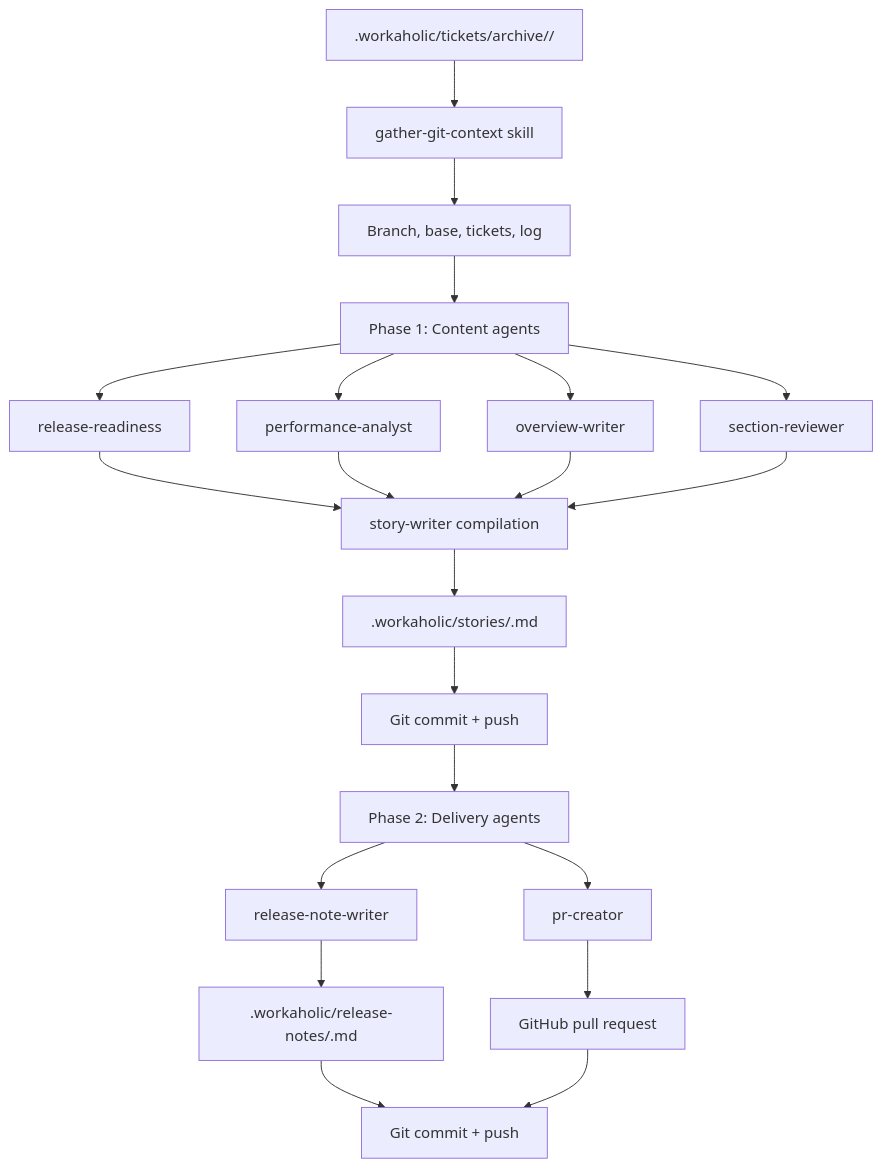
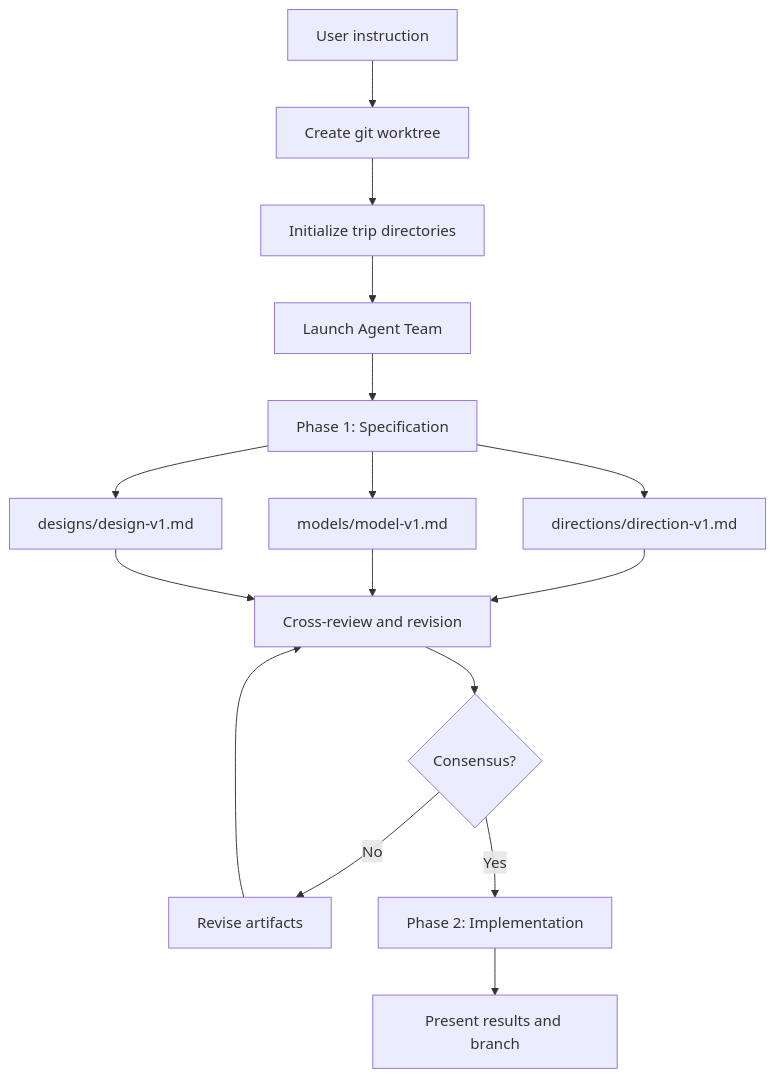
The sixth of 6 diagrams in .workaholic/specs/application_ja.md (qmu/workaholic), drawn with Mermaid before and after one commit. The commit also changed other lines of this file and 57 other files, not shown here.

````diff
--- a/.workaholic/specs/application_ja.md
+++ b/.workaholic/specs/application_ja.md
@@ -266,29 +235,22 @@
 ```mermaid
 flowchart TD
-    Archive[.workaholic/tickets/archive/<branch>/] --> Gather[gather-git-context skill]
-    Gather --> Context[Branch, base, tickets, log]
+    Input[User instruction] --> Worktree[Create git worktree]
+    Worktree --> Init[Initialize trip directories]
+    Init --> Team[Launch Agent Team]
 
-    Context --> Phase1[Phase 1: Content agents]
-    Phase1 --> RR[release-readiness]
-    Phase1 --> PA[performance-analyst]
-    Phase1 --> OW[overview-writer]
-    Phase1 --> SR[section-reviewer]
+    Team --> P1[Phase 1: Specification]
+    P1 --> Dir[directions/direction-v1.md]
+    P1 --> Model[models/model-v1.md]
+    P1 --> Design[designs/design-v1.md]
 
-    RR --> Compile[story-writer compilation]
-    PA --> Compile
-    OW --> Compile
-    SR --> Compile
+    Dir --> Review[Cross-review and revision]
+    Model --> Review
+    Design --> Review
 
-    Compile --> Story[.workaholic/stories/<branch>.md]
-    Story --> StoryCommit[Git commit + push]
+    Review --> Consensus{Consensus?}
+    Consensus -->|No| Revise[Revise artifacts]
+    Revise --> Review
+    Consensus -->|Yes| P2[Phase 2: Implementation]
 
-    StoryCommit --> Phase2[Phase 2: Delivery agents]
-    Phase2 --> RN[release-note-writer]
-    Phase2 --> PC[pr-creator]
-
-    RN --> ReleaseNote[.workaholic/release-notes/<branch>.md]
-    PC --> PR[GitHub pull request]
-
-    ReleaseNote --> ReleaseCommit[Git commit + push]
-    PR --> ReleaseCommit
+    P2 --> Results[Present results and branch]
 ```
````
